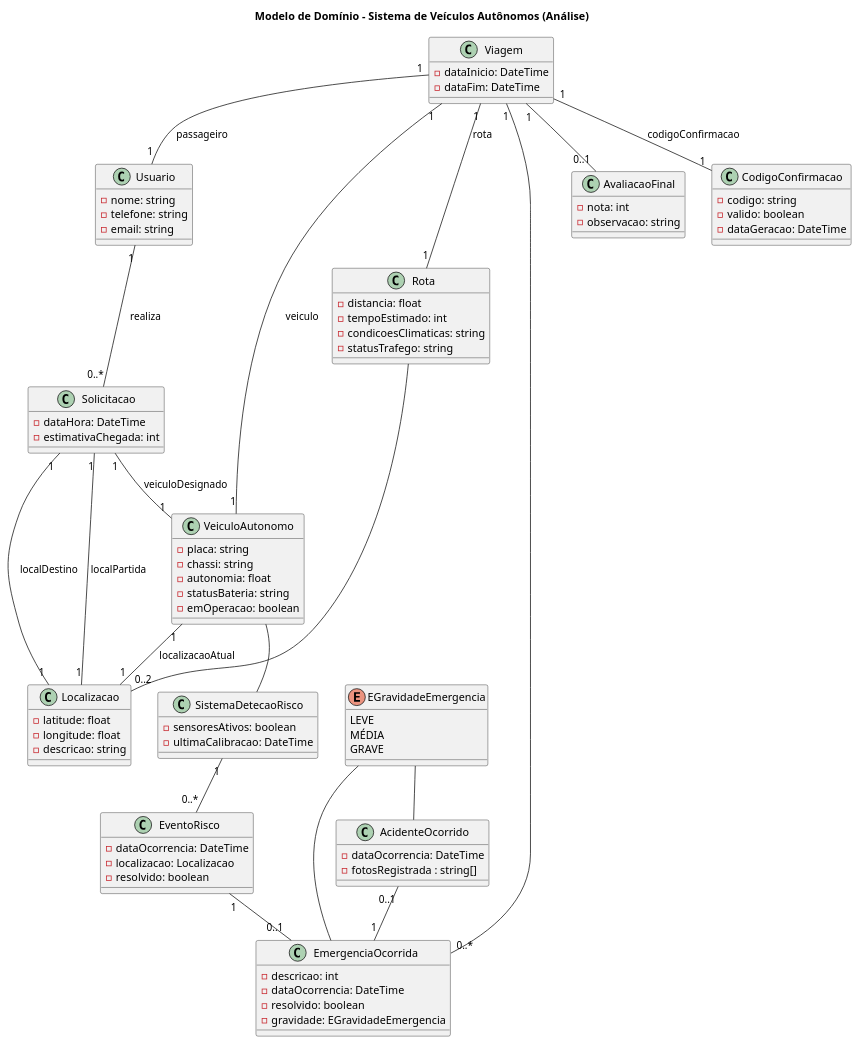
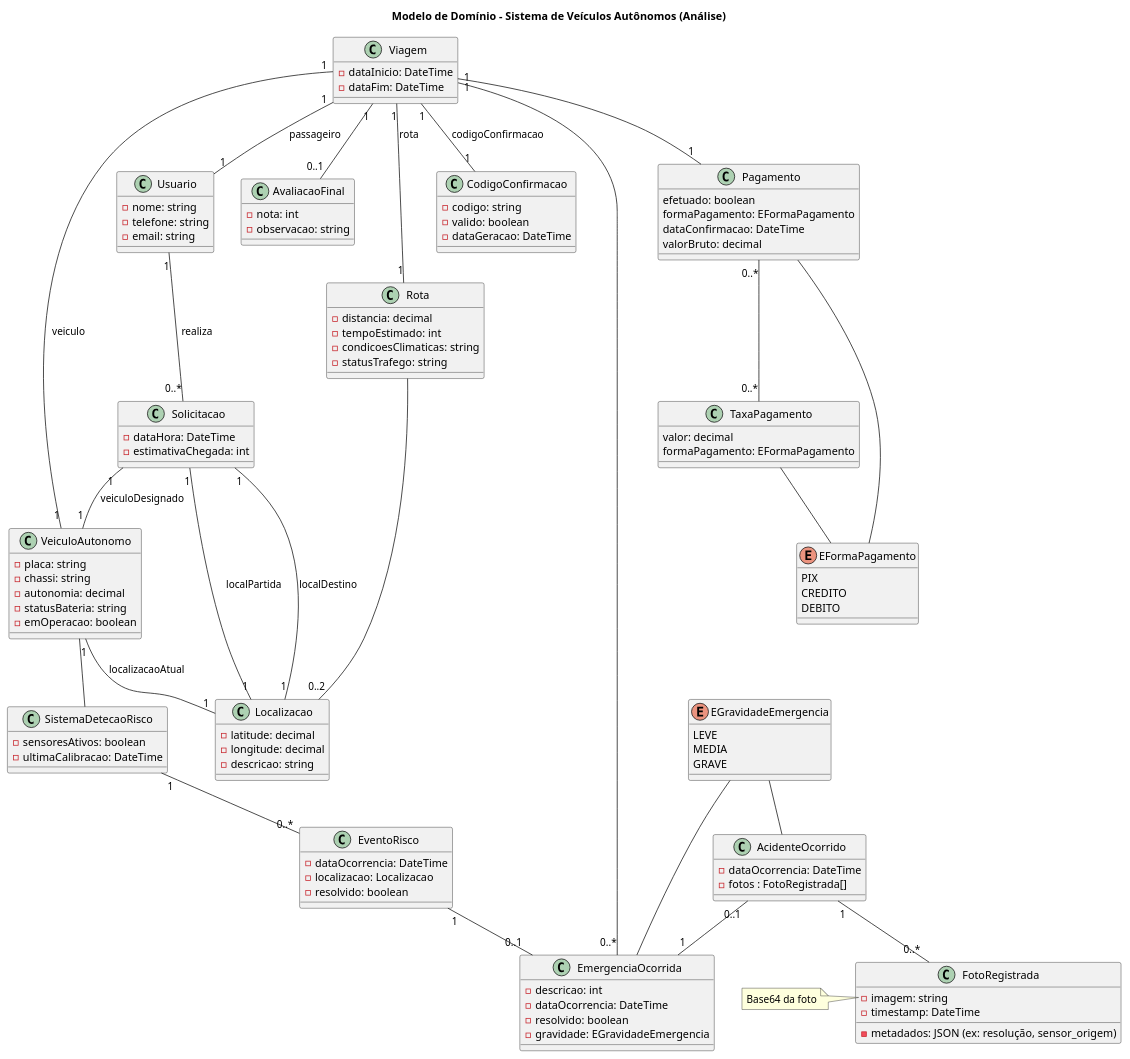
The diagram in projeto_revisado/diagrama_classes/classe_analise.plantuml (gilmarUFG/rs_es_20251_g6), drawn with PlantUML before and after one commit.

Commit message:
feat: atualizando classe de análise de domínio

```diff
--- a/projeto_revisado/diagrama_classes/classe_analise.plantuml
+++ b/projeto_revisado/diagrama_classes/classe_analise.plantuml
@@ -1,103 +1,137 @@
 @startuml
 title Modelo de Domínio - Sistema de Veículos Autônomos (Análise)
 
 class Usuario {
   - nome: string
   - telefone: string
   - email: string
 }
 
 class Localizacao {
-  - latitude: float
-  - longitude: float
+  - latitude: decimal
+  - longitude: decimal
   - descricao: string
 }
 
 class VeiculoAutonomo {
   - placa: string
   - chassi: string
-  - autonomia: float
+  - autonomia: decimal
   - statusBateria: string
   - emOperacao: boolean
 }
 
 class Solicitacao {
   - dataHora: DateTime
   - estimativaChegada: int
 }
 
 class Viagem {
   - dataInicio: DateTime
   - dataFim: DateTime
 }
 
 class AvaliacaoFinal {
     - nota: int
     - observacao: string
 }
 
 class EmergenciaOcorrida {
     - descricao: int
     - dataOcorrencia: DateTime
     - resolvido: boolean
     - gravidade: EGravidadeEmergencia
 }
 
 class AcidenteOcorrido{
     - dataOcorrencia: DateTime
-    - fotosRegistrada : string[]
+    - fotos : FotoRegistrada[]
 }
+
+class FotoRegistrada{
+  - imagem: string
+  - timestamp: DateTime
+  - metadados: JSON (ex: resolução, sensor_origem)
+}
+
+note left of FotoRegistrada::"imagem: string"
+  Base64 da foto
+end note
 
 Enum EGravidadeEmergencia{
     LEVE
-    MÉDIA
+    MEDIA
     GRAVE
 }
 
 class CodigoConfirmacao {
   - codigo: string
   - valido: boolean
   - dataGeracao: DateTime
 }
 
 class Rota {
-  - distancia: float
+  - distancia: decimal
   - tempoEstimado: int
   - condicoesClimaticas: string
   - statusTrafego: string
 }
 
 class SistemaDetecaoRisco {
   - sensoresAtivos: boolean
   - ultimaCalibracao: DateTime
 }
 
 class EventoRisco {
   - dataOcorrencia: DateTime
   - localizacao: Localizacao
   - resolvido: boolean
 }
 
+class Pagamento {
+  efetuado: boolean
+  formaPagamento: EFormaPagamento
+  dataConfirmacao: DateTime
+  valorBruto: decimal
+}
+
+class TaxaPagamento{
+  valor: decimal
+  formaPagamento: EFormaPagamento
+}
+
+Enum EFormaPagamento {
+PIX
+CREDITO
+DEBITO
+}
+
 Usuario "1" -- "0..*" Solicitacao : realiza
 Solicitacao "1" -- "1" Localizacao : localPartida
 Solicitacao "1" -- "1" Localizacao : localDestino
 Solicitacao "1" -- "1" VeiculoAutonomo : veiculoDesignado
 
 Viagem "1" -- "1" Usuario : passageiro
 Viagem "1" -- "1" VeiculoAutonomo : veiculo
 Viagem "1" -- "1" CodigoConfirmacao : codigoConfirmacao
 Viagem "1" -- "1" Rota : rota
 Viagem "1" -- "0..1" AvaliacaoFinal
 Viagem "1" -- "0..*" EmergenciaOcorrida
+Viagem "1" -- "1" Pagamento
+
+Pagamento -- EFormaPagamento
+Pagamento "0..*" -- "0..*" TaxaPagamento
+TaxaPagamento -- EFormaPagamento
 
 EGravidadeEmergencia -- EmergenciaOcorrida
 AcidenteOcorrido "0..1" -- "1" EmergenciaOcorrida
 EGravidadeEmergencia -- AcidenteOcorrido
+AcidenteOcorrido "1" -- "0..*" FotoRegistrada
 
 VeiculoAutonomo "1" -- "1" Localizacao : localizacaoAtual
 VeiculoAutonomo -- SistemaDetecaoRisco
 Rota -- "0..2" Localizacao
 
 SistemaDetecaoRisco "1" -- "0..*" EventoRisco
 EventoRisco "1" -- "0..1" EmergenciaOcorrida
 @enduml
```
